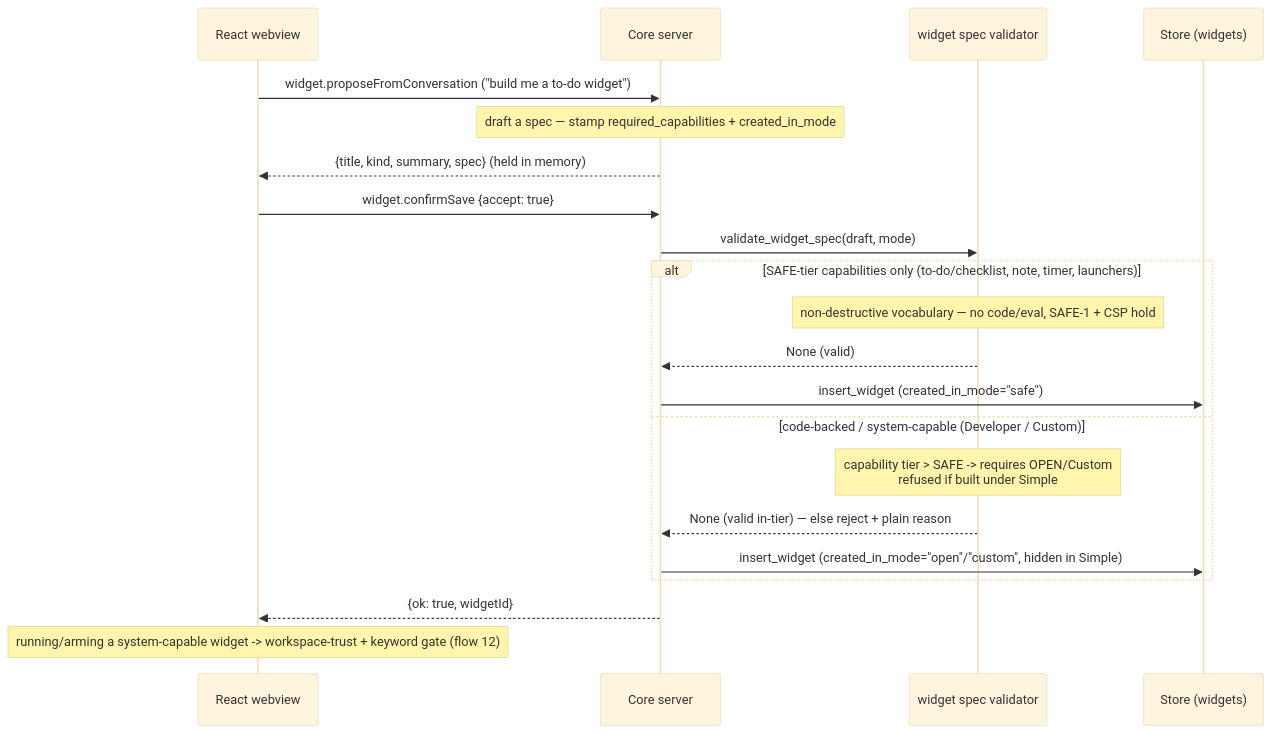
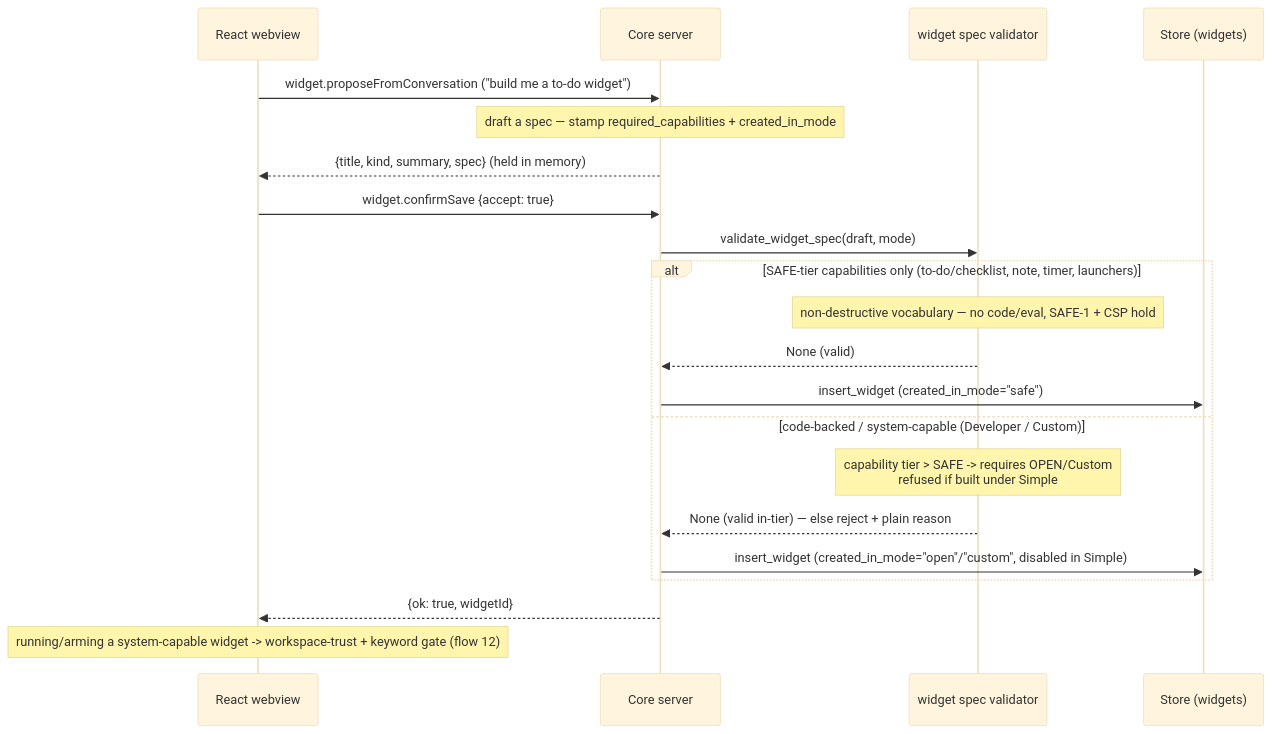
One commit to N041M/Addison changed diagram 13 of 15 in docs/flows.md. Above: the diagram before and after it, drawn with Mermaid (base theme). The commit also changed other lines of this file and 22 other files, not shown here.

````diff
--- a/docs/flows.md
+++ b/docs/flows.md
@@ -537,24 +538,24 @@
 ```mermaid
 sequenceDiagram
     participant WV as React webview
     participant SRV as Core server
     participant W as widget spec validator
     participant DB as Store (widgets)
 
     WV->>SRV: widget.proposeFromConversation ("build me a to-do widget")
     Note over SRV: draft a spec — stamp required_capabilities + created_in_mode
     SRV-->>WV: {title, kind, summary, spec}  (held in memory)
     WV->>SRV: widget.confirmSave {accept: true}
     SRV->>W: validate_widget_spec(draft, mode)
     alt SAFE-tier capabilities only (to-do/checklist, note, timer, launchers)
         Note over W: non-destructive vocabulary — no code/eval, SAFE-1 + CSP hold
         W-->>SRV: None (valid)
         SRV->>DB: insert_widget (created_in_mode="safe")
     else code-backed / system-capable (Developer / Custom)
         Note over W: capability tier > SAFE -> requires OPEN/Custom<br/>refused if built under Simple
         W-->>SRV: None (valid in-tier) — else reject + plain reason
-        SRV->>DB: insert_widget (created_in_mode="open"/"custom", hidden in Simple)
+        SRV->>DB: insert_widget (created_in_mode="open"/"custom", disabled in Simple)
     end
     SRV-->>WV: {ok: true, widgetId}
     Note over WV: running/arming a system-capable widget -> workspace-trust + keyword gate (flow 12)
 ```
````
